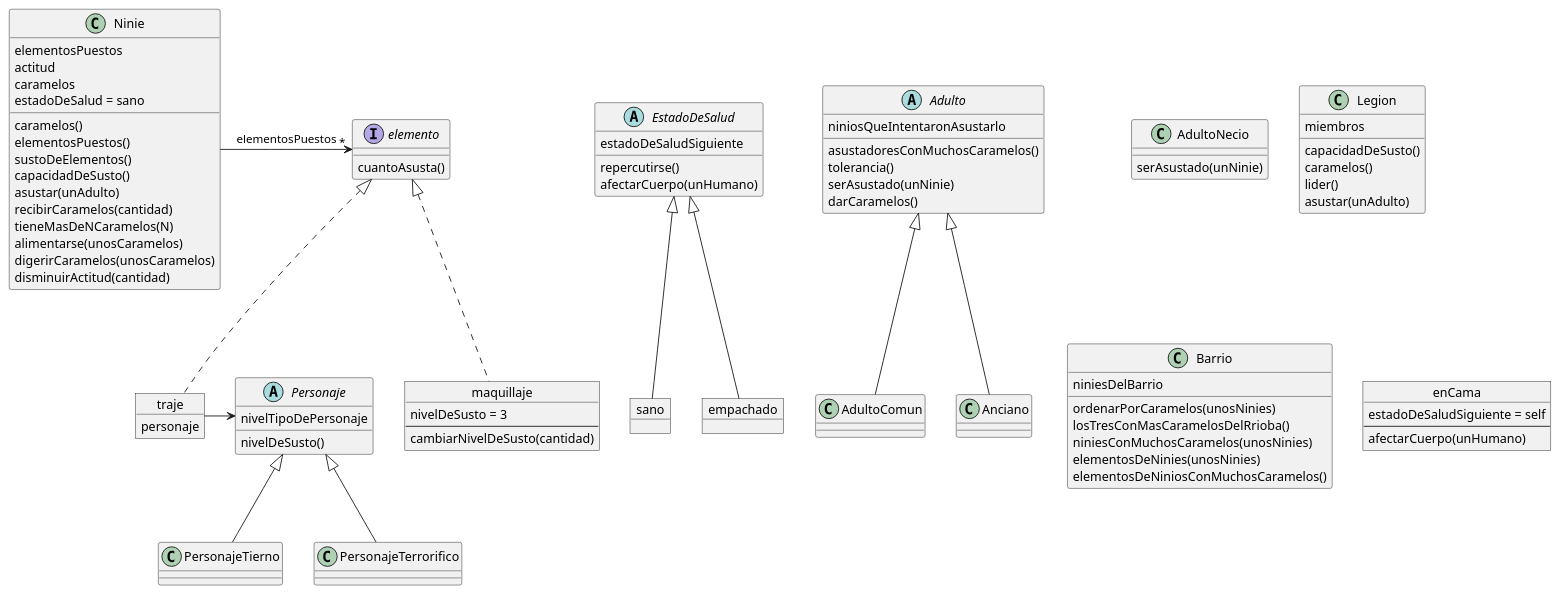
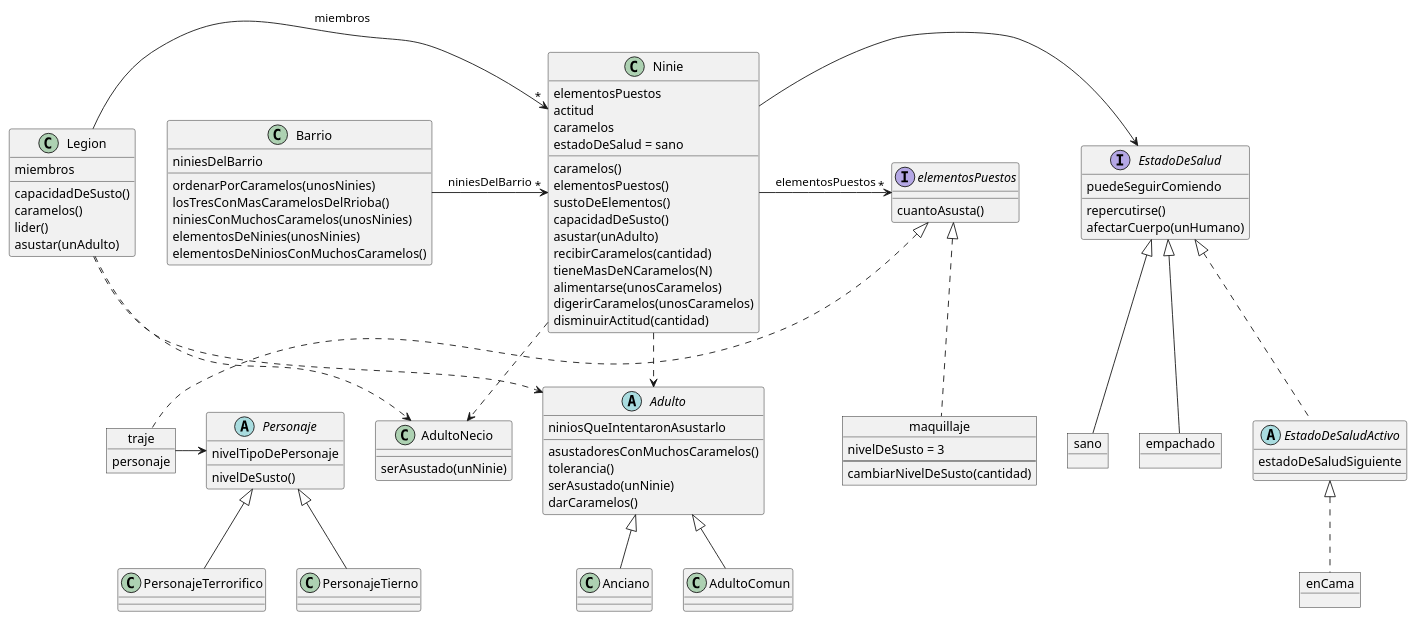
The diagram in Practica parciales/Parcial_jaloguin/src/DC.puml (longonicolas/POO), drawn with PlantUML before and after one commit. The commit also changed 4 other files, not shown here.

```diff
--- a/Practica parciales/Parcial_jaloguin/src/DC.puml
+++ b/Practica parciales/Parcial_jaloguin/src/DC.puml
@@ -1,131 +1,141 @@
 @startuml jaloguin
 
 class Ninie{
     elementosPuestos
     actitud
     caramelos
     estadoDeSalud = sano
 
     caramelos()
     elementosPuestos()
     sustoDeElementos()
     capacidadDeSusto()
     asustar(unAdulto)
     recibirCaramelos(cantidad)
     tieneMasDeNCaramelos(N)
     alimentarse(unosCaramelos)
     digerirCaramelos(unosCaramelos)
     disminuirActitud(cantidad)
 }
 
 abstract class Adulto{
     niniosQueIntentaronAsustarlo
 
     asustadoresConMuchosCaramelos()
     tolerancia()
     serAsustado(unNinie)
     darCaramelos()
 }
 
 class AdultoComun {
 }
 
 class Anciano {
 
 }
 
 class AdultoNecio{
     serAsustado(unNinie)
 }
 
-interface elemento{
+interface elementosPuestos{
     cuantoAsusta()
 }
 
 object maquillaje{
 
     nivelDeSusto = 3
 
     --
     cambiarNivelDeSusto(cantidad)
 }
 
 object traje{
     personaje
 }
 
 abstract class Personaje{
 
     nivelDeSusto()
     nivelTipoDePersonaje
 }
 
 class PersonajeTierno{
 }
 
 class PersonajeTerrorifico{
 }
 
 class Legion{
     miembros
 
     capacidadDeSusto()
     caramelos()
     lider()
     asustar(unAdulto)
 }
 
 class Barrio{
 
     niniesDelBarrio
 
     ordenarPorCaramelos(unosNinies)
     losTresConMasCaramelosDelRrioba()
     niniesConMuchosCaramelos(unosNinies)
     elementosDeNinies(unosNinies)
     elementosDeNiniosConMuchosCaramelos()
 }
 
-abstract class EstadoDeSalud{
-
-    estadoDeSaludSiguiente
+interface EstadoDeSalud{
 
     repercutirse()
     afectarCuerpo(unHumano)
+    puedeSeguirComiendo
+
+}
+
+abstract class EstadoDeSaludActivo{
+
+    estadoDeSaludSiguiente 
 }
 
 object sano{
-
 }
 
 object empachado{
-
 }
 
 object enCama{
-
-    estadoDeSaludSiguiente = self
-
-    --
-    afectarCuerpo(unHumano)
 }
 
 PersonajeTierno -u-|> Personaje
 PersonajeTerrorifico -u-|> Personaje
 
 AdultoComun -u-|> Adulto
 Anciano -u-|> Adulto
 
 sano -u-|> EstadoDeSalud
 empachado -u-|> EstadoDeSalud
 
+EstadoDeSaludActivo .u.|> EstadoDeSalud
+enCama .u.|> EstadoDeSaludActivo
+
 
 traje -r-> Personaje
 
-Ninie -r-> "*" elemento : elementosPuestos
+Ninie -r-> "*" elementosPuestos : elementosPuestos
+Ninie -r-> EstadoDeSalud
+Ninie ..> Adulto
+Ninie ..> AdultoNecio
 
-traje .u.|> elemento
-maquillaje .u.|> elemento
+Barrio -r-> "*" Ninie : niniesDelBarrio
+
+Legion -r-> "*" Ninie : miembros
+Legion ..> Adulto
+Legion ..> AdultoNecio
+
+traje .u.|> elementosPuestos
+maquillaje .u.|> elementosPuestos
 
 
 @enduml
```
